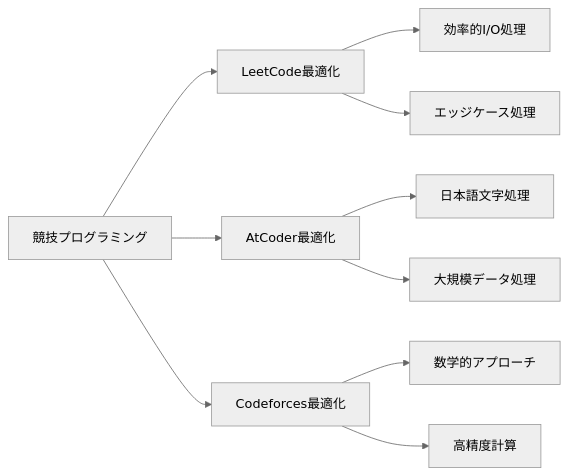
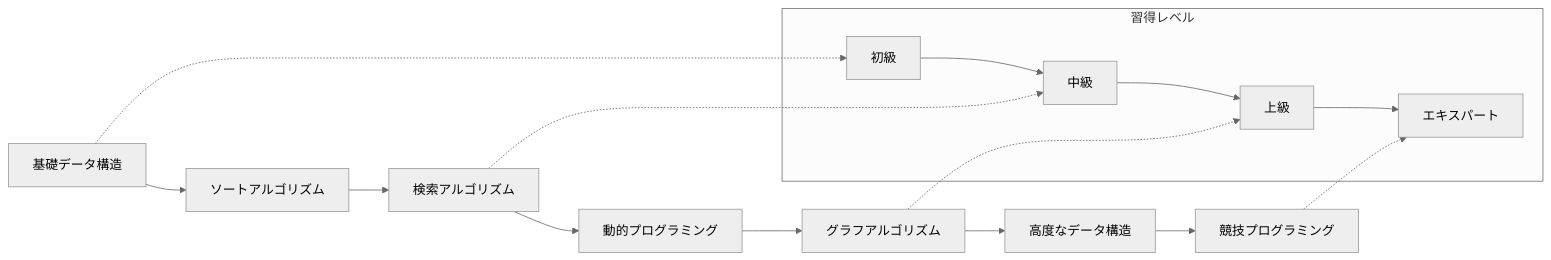
The sixth of 6 diagrams in README.md (myoshi2891/Algorithm-DataStructures-Math-SQL), drawn with Mermaid (neutral theme) before and after one commit. The commit also changed other lines of this file, not shown here.

````diff
--- a/README.md
+++ b/README.md
@@ -197,15 +419,20 @@
 ```mermaid
 graph LR
-    A[競技プログラミング] --> B[LeetCode最適化]
-    A --> C[AtCoder最適化]
-    A --> D[Codeforces最適化]
+    A[基礎データ構造] --> B[ソートアルゴリズム]
+    B --> C[検索アルゴリズム]
+    C --> D[動的プログラミング]
+    D --> E[グラフアルゴリズム]
+    E --> F[高度なデータ構造]
+    F --> G[競技プログラミング]
     
-    B --> E[効率的I/O処理]
-    B --> F[エッジケース処理]
+    subgraph "習得レベル"
+    L1[初級] --> L2[中級]
+    L2 --> L3[上級]
+    L3 --> L4[エキスパート]
+    end
     
-    C --> G[日本語文字処理]
-    C --> H[大規模データ処理]
-    
-    D --> I[数学的アプローチ]
-    D --> J[高精度計算]
+    A -.-> L1
+    C -.-> L2
+    E -.-> L3
+    G -.-> L4
 ```
````
